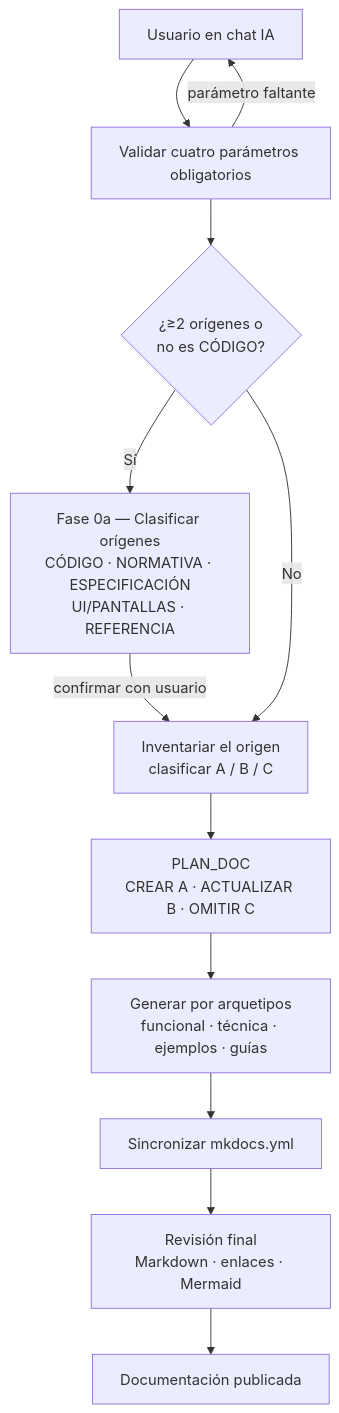
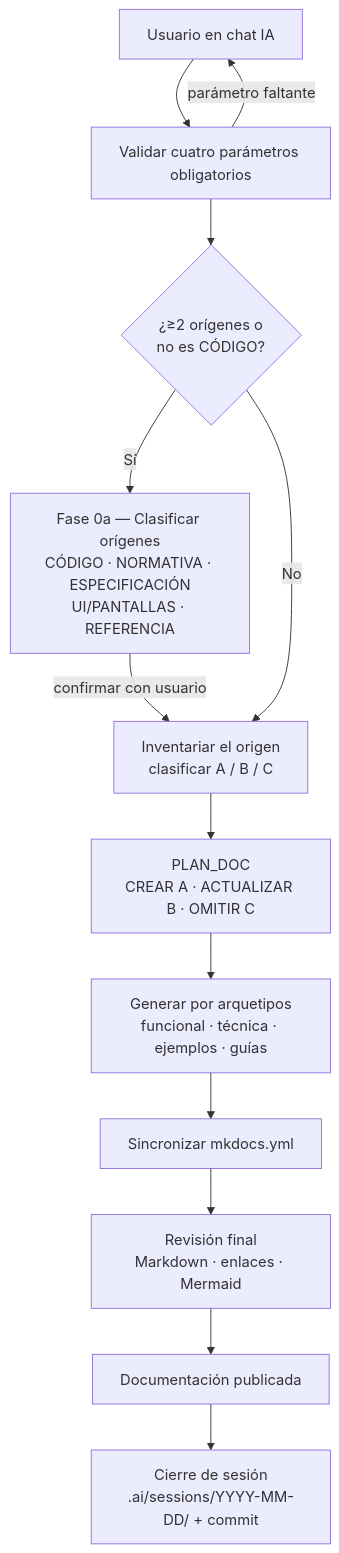
One commit to fmanza/doc_ia changed the diagram in docs/functional/document_project.md. Above: the diagram before and after it, drawn with Mermaid. The commit also changed other lines of this file and 7 other files, not shown here.

````diff
--- a/docs/functional/document_project.md
+++ b/docs/functional/document_project.md
@@ -37,14 +37,15 @@
 ```mermaid
 flowchart TD
     U[Usuario en chat IA] --> V[Validar cuatro parámetros obligatorios]
     V -- parámetro faltante --> U
     V --> CL{¿≥2 orígenes o\nno es CÓDIGO?}
     CL -- Sí --> F0a[Fase 0a — Clasificar orígenes<br/>CÓDIGO · NORMATIVA · ESPECIFICACIÓN<br/>UI/PANTALLAS · REFERENCIA]
     F0a -- confirmar con usuario --> I
     CL -- No --> I[Inventariar el origen<br/>clasificar A / B / C]
     I --> P[PLAN_DOC<br/>CREAR A · ACTUALIZAR B · OMITIR C]
     P --> G[Generar por arquetipos<br/>funcional · técnica · ejemplos · guías]
     G --> N[Sincronizar mkdocs.yml]
     N --> R[Revisión final<br/>Markdown · enlaces · Mermaid]
     R --> D[Documentación publicada]
+    D --> C[Cierre de sesión<br/>.ai/sessions/YYYY-MM-DD/ + commit]
 ```
````
